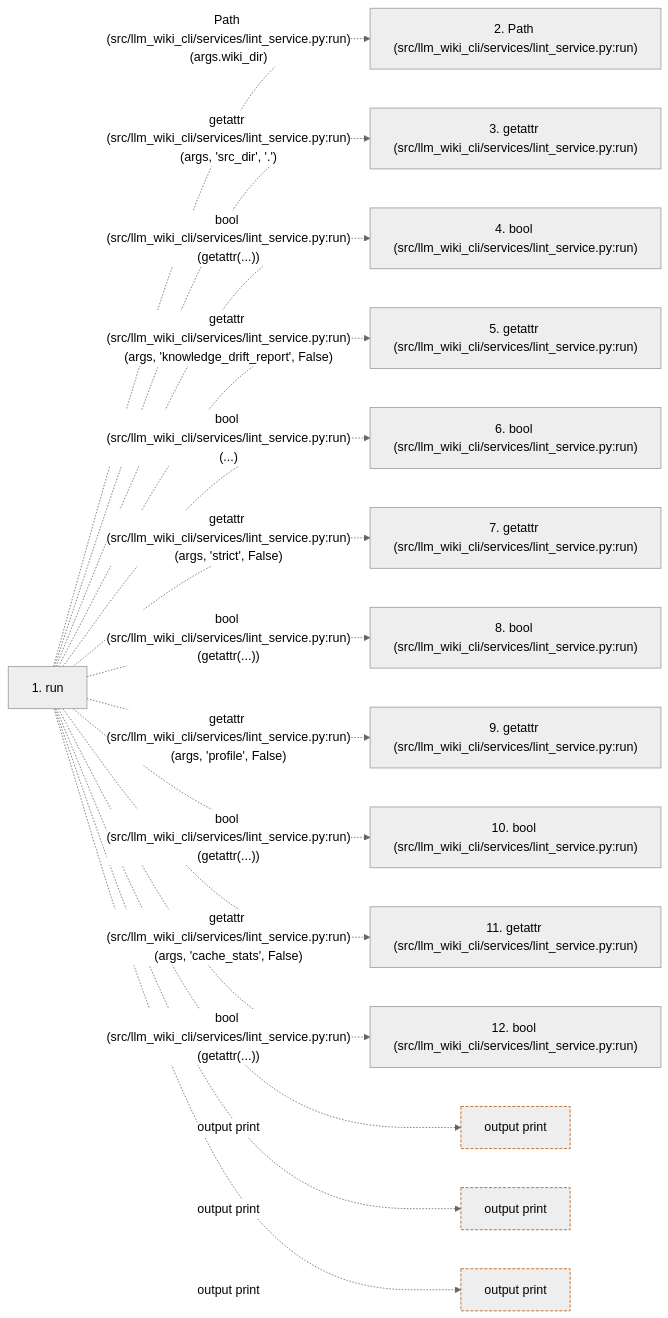
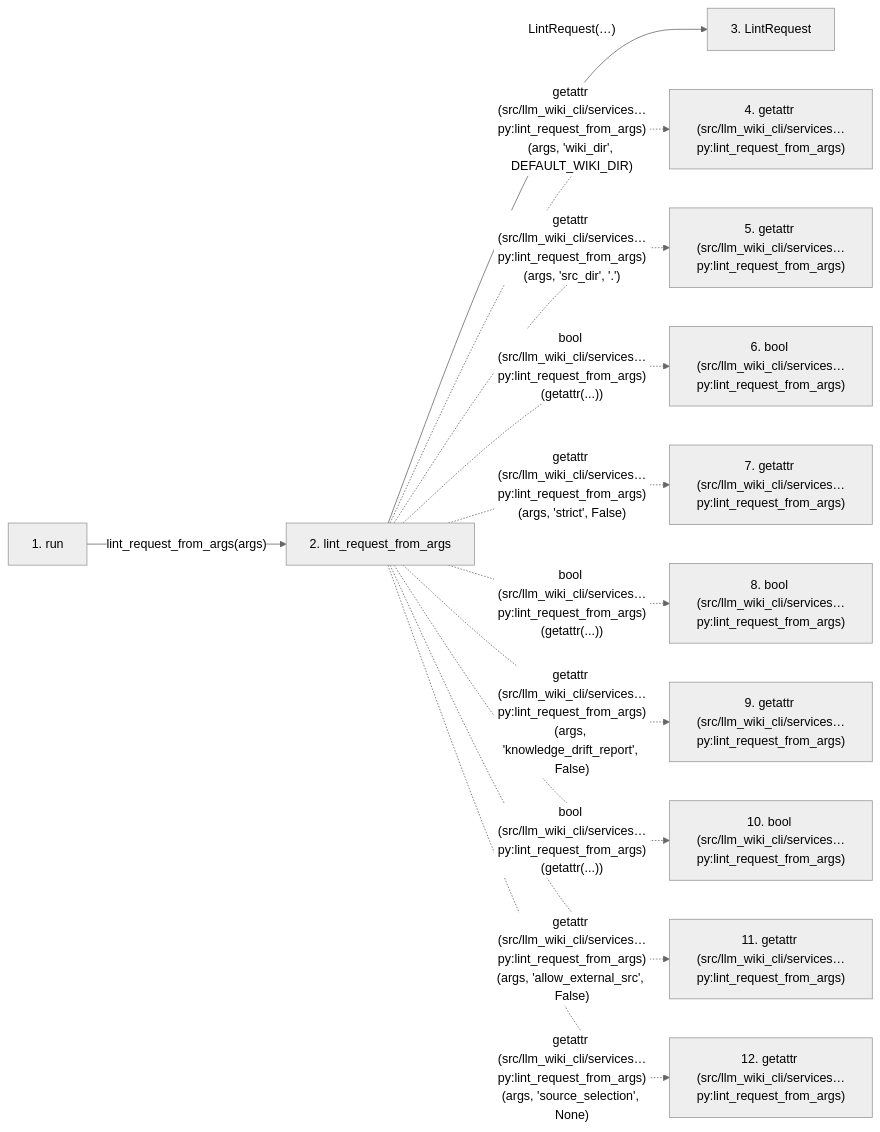
The second of 2 diagrams in docs/llm_wiki/flows/cli-lint.md (Denissvgn/python-wiki-llm), drawn with Mermaid (neutral theme) before and after one commit. The commit also changed other lines of this file and 1555 other files, not shown here.

````diff
--- a/docs/llm_wiki/flows/cli-lint.md
+++ b/docs/llm_wiki/flows/cli-lint.md
@@ -206,37 +195,29 @@
 ```mermaid
 flowchart LR
     s1["1. run"]
-    s2["2. Path (src/llm_wiki_cli/services/lint_service.py:run)"]
-    s3["3. getattr (src/llm_wiki_cli/services/lint_service.py:run)"]
-    s4["4. bool (src/llm_wiki_cli/services/lint_service.py:run)"]
-    s5["5. getattr (src/llm_wiki_cli/services/lint_service.py:run)"]
-    s6["6. bool (src/llm_wiki_cli/services/lint_service.py:run)"]
-    s7["7. getattr (src/llm_wiki_cli/services/lint_service.py:run)"]
-    s8["8. bool (src/llm_wiki_cli/services/lint_service.py:run)"]
-    s9["9. getattr (src/llm_wiki_cli/services/lint_service.py:run)"]
-    s10["10. bool (src/llm_wiki_cli/services/lint_service.py:run)"]
-    s11["11. getattr (src/llm_wiki_cli/services/lint_service.py:run)"]
-    s12["12. bool (src/llm_wiki_cli/services/lint_service.py:run)"]
-    s1 -. "Path (src/llm_wiki_cli/services/lint_service.py:run)(args.wiki_dir)" .-> s2
-    s1 -. "getattr (src/llm_wiki_cli/services/lint_service.py:run)(args, 'src_dir', '.')" .-> s3
-    s1 -. "bool (src/llm_wiki_cli/services/lint_service.py:run)(getattr(...))" .-> s4
-    s1 -. "getattr (src/llm_wiki_cli/services/lint_service.py:run)(args, 'knowledge_drift_report', False)" .-> s5
-    s1 -. "bool (src/llm_wiki_cli/services/lint_service.py:run)(...)" .-> s6
-    s1 -. "getattr (src/llm_wiki_cli/services/lint_service.py:run)(args, 'strict', False)" .-> s7
-    s1 -. "bool (src/llm_wiki_cli/services/lint_service.py:run)(getattr(...))" .-> s8
-    s1 -. "getattr (src/llm_wiki_cli/services/lint_service.py:run)(args, 'profile', False)" .-> s9
-    s1 -. "bool (src/llm_wiki_cli/services/lint_service.py:run)(getattr(...))" .-> s10
-    s1 -. "getattr (src/llm_wiki_cli/services/lint_service.py:run)(args, 'cache_stats', False)" .-> s11
-    s1 -. "bool (src/llm_wiki_cli/services/lint_service.py:run)(getattr(...))" .-> s12
-    b0["output print"]
-    s1 -. "output print" .-> b0
-    b1["output print"]
-    s1 -. "output print" .-> b1
-    b2["output print"]
-    s1 -. "output print" .-> b2
+    s2["2. lint_request_from_args"]
+    s3["3. LintRequest"]
+    s4["4. getattr (src/llm_wiki_cli/services…py:lint_request_from_args)"]
+    s5["5. getattr (src/llm_wiki_cli/services…py:lint_request_from_args)"]
+    s6["6. bool (src/llm_wiki_cli/services…py:lint_request_from_args)"]
+    s7["7. getattr (src/llm_wiki_cli/services…py:lint_request_from_args)"]
+    s8["8. bool (src/llm_wiki_cli/services…py:lint_request_from_args)"]
+    s9["9. getattr (src/llm_wiki_cli/services…py:lint_request_from_args)"]
+    s10["10. bool (src/llm_wiki_cli/services…py:lint_request_from_args)"]
+    s11["11. getattr (src/llm_wiki_cli/services…py:lint_request_from_args)"]
+    s12["12. getattr (src/llm_wiki_cli/services…py:lint_request_from_args)"]
+    s1 -->|"lint_request_from_args(args)"| s2
+    s2 -->|"LintRequest(…)"| s3
+    s2 -. "getattr (src/llm_wiki_cli/services…py:lint_request_from_args)(args, 'wiki_dir', DEFAULT_WIKI_DIR)" .-> s4
+    s2 -. "getattr (src/llm_wiki_cli/services…py:lint_request_from_args)(args, 'src_dir', '.')" .-> s5
+    s2 -. "bool (src/llm_wiki_cli/services…py:lint_request_from_args)(getattr(...))" .-> s6
+    s2 -. "getattr (src/llm_wiki_cli/services…py:lint_request_from_args)(args, 'strict', False)" .-> s7
+    s2 -. "bool (src/llm_wiki_cli/services…py:lint_request_from_args)(getattr(...))" .-> s8
+    s2 -. "getattr (src/llm_wiki_cli/services…py:lint_request_from_args)(args, 'knowledge_drift_report', False)" .-> s9
+    s2 -. "bool (src/llm_wiki_cli/services…py:lint_request_from_args)(getattr(...))" .-> s10
+    s2 -. "getattr (src/llm_wiki_cli/services…py:lint_request_from_args)(args, 'allow_external_src', False)" .-> s11
+    s2 -. "getattr (src/llm_wiki_cli/services…py:lint_request_from_args)(args, 'source_selection', None)" .-> s12
     click s1 "../modules/lint_service.md"
-    classDef boundary stroke:#b45309,stroke-dasharray: 4 2
-    class b0 boundary
-    class b1 boundary
-    class b2 boundary
+    click s2 "../modules/lint_service.md"
+    click s3 "../modules/lint_request.md"
 ```
````
